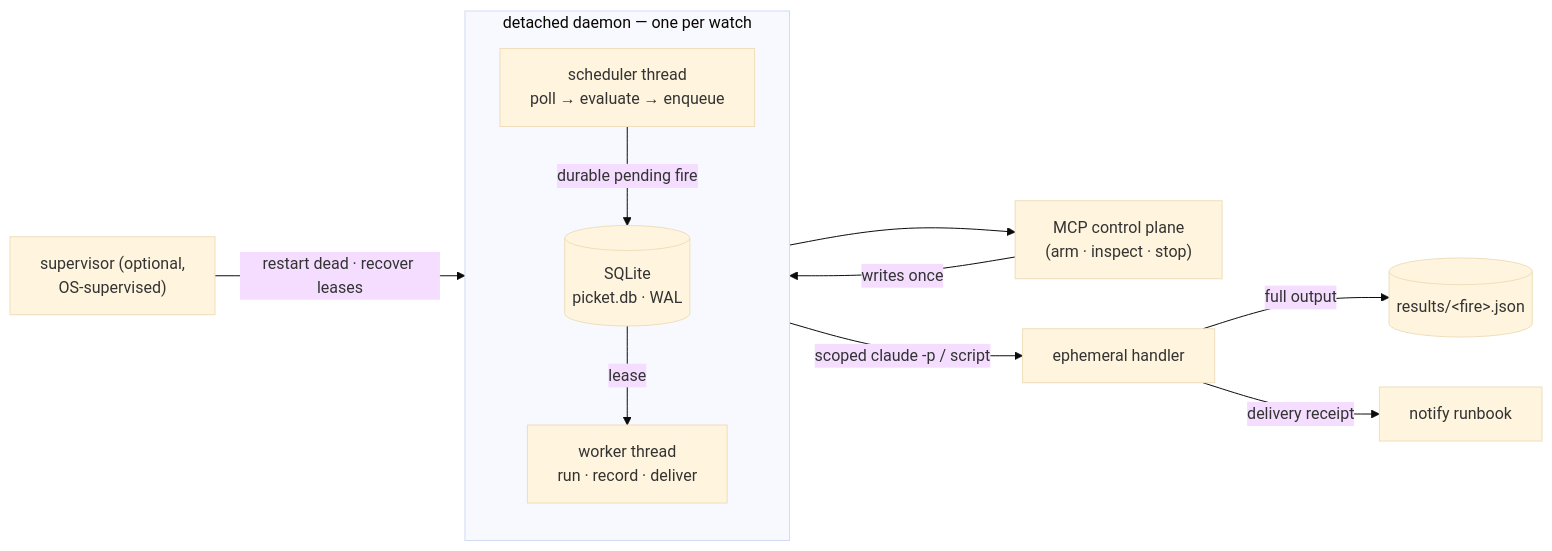
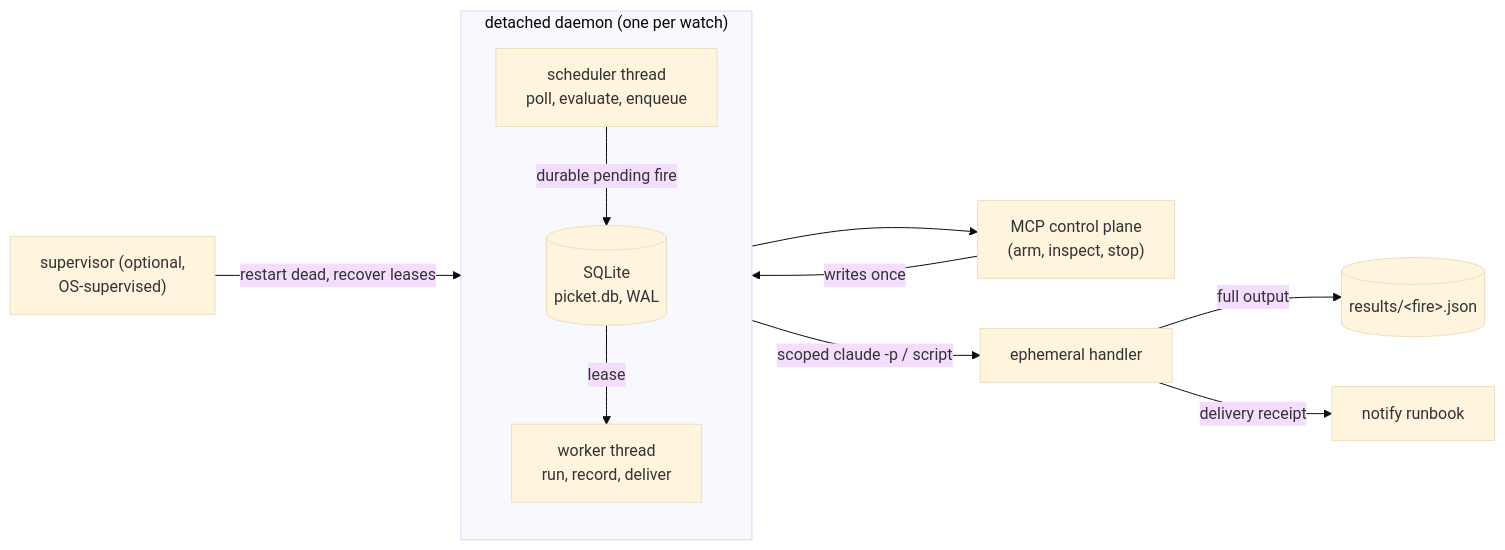
One commit to Dhanush03-Dhanush/picket-mcp changed the diagram in README.md. Above: the diagram before and after it, drawn with Mermaid (base theme). The commit also changed other lines of this file and 12 other files, not shown here.

````diff
--- a/README.md
+++ b/README.md
@@ -65,14 +52,14 @@
 ```mermaid
 flowchart LR
-  MCP["MCP control plane<br/>(arm · inspect · stop)"] -->|writes once| DB[("SQLite<br/>picket.db · WAL")]
-  subgraph Daemon["detached daemon — one per watch"]
+  MCP["MCP control plane<br/>(arm, inspect, stop)"] -->|writes once| DB[("SQLite<br/>picket.db, WAL")]
+  subgraph Daemon["detached daemon (one per watch)"]
     direction TB
-    S["scheduler thread<br/>poll → evaluate → enqueue"] -->|durable pending fire| DB
-    DB -->|lease| W["worker thread<br/>run · record · deliver"]
+    S["scheduler thread<br/>poll, evaluate, enqueue"] -->|durable pending fire| DB
+    DB -->|lease| W["worker thread<br/>run, record, deliver"]
   end
   W -->|"scoped claude -p / script"| H["ephemeral handler"]
   H -->|full output| R[("results/&lt;fire&gt;.json")]
   H -->|delivery receipt| SINK["notify runbook"]
-  SUP["supervisor (optional,<br/>OS-supervised)"] -->|"restart dead · recover leases"| DB
+  SUP["supervisor (optional,<br/>OS-supervised)"] -->|"restart dead, recover leases"| DB
   DB --> MCP
 ```
````
